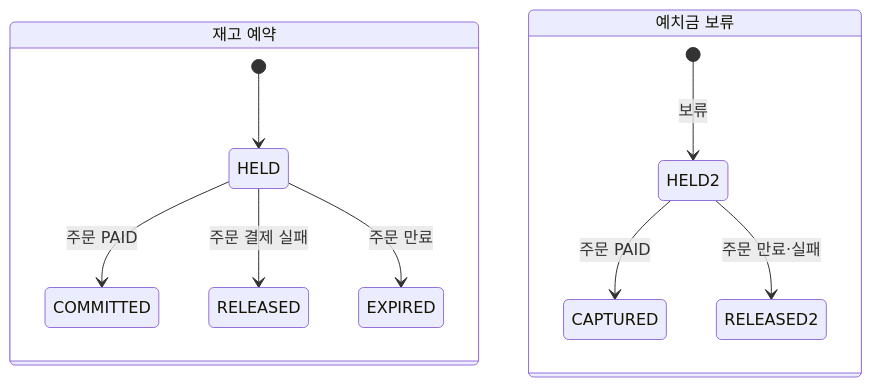
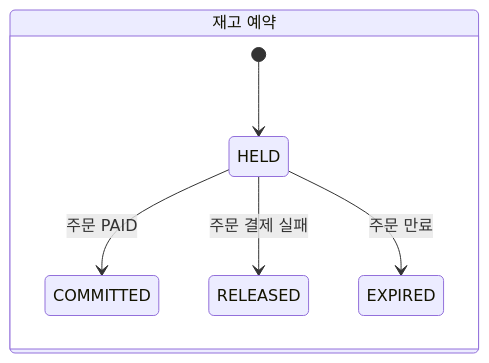
The sixth of 9 diagrams in docs/02-design/04-state-machines.md (95twan/myroutine-v2), drawn with Mermaid before and after one commit. The commit also changed other lines of this file and 27 other files, not shown here.

````diff
--- a/docs/02-design/04-state-machines.md
+++ b/docs/02-design/04-state-machines.md
@@ -114,14 +116,9 @@
 ```mermaid
 stateDiagram-v2
   state "재고 예약" as R {
     [*] --> HELD
     HELD --> COMMITTED: 주문 PAID
     HELD --> RELEASED: 주문 결제 실패
     HELD --> EXPIRED: 주문 만료
   }
-  state "예치금 보류" as H {
-    [*] --> HELD2: 보류
-    HELD2 --> CAPTURED: 주문 PAID
-    HELD2 --> RELEASED2: 주문 만료·실패
-  }
 ```
````
